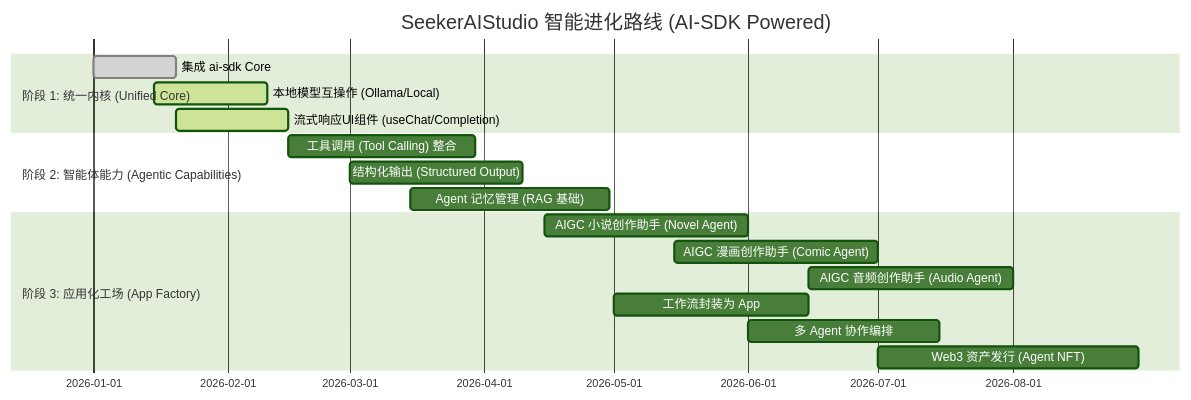
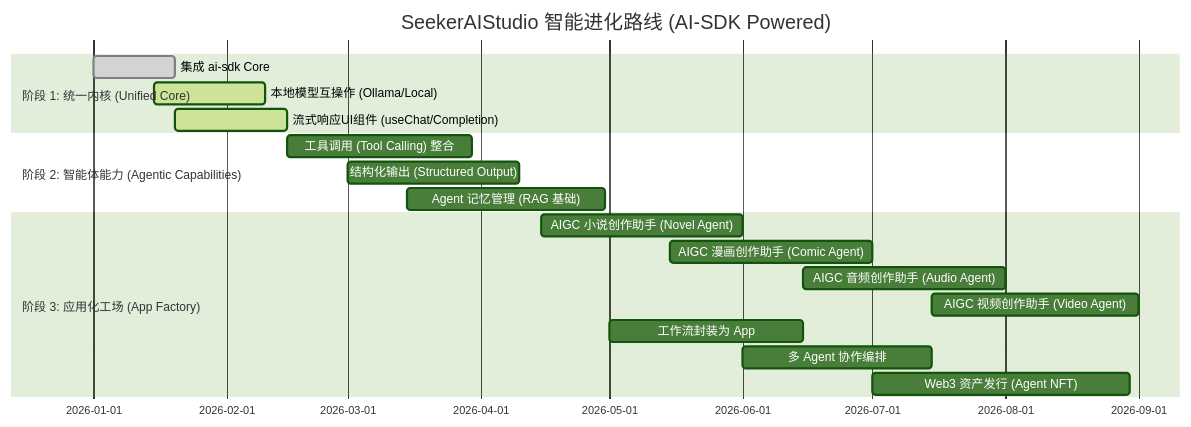
The diagram in docs/roadmap/Roadmap.md (haike0513/SeekerAIStudio), drawn with Mermaid (forest theme) before and after one commit. The commit also changed other lines of this file and 12 other files, not shown here.

````diff
--- a/docs/roadmap/Roadmap.md
+++ b/docs/roadmap/Roadmap.md
@@ -7,23 +7,24 @@
 ```mermaid
 gantt
     title SeekerAIStudio 智能进化路线 (AI-SDK Powered)
     dateFormat  YYYY-MM-DD
     
     section 阶段 1: 统一内核 (Unified Core)
     集成 ai-sdk Core                  :done,   task1, 2026-01-01, 2026-01-20
     本地模型互操作 (Ollama/Local)      :active, task2, 2026-01-15, 2026-02-10
     流式响应UI组件 (useChat/Completion):active, task3, 2026-01-20, 2026-02-15
     
     section 阶段 2: 智能体能力 (Agentic Capabilities)
     工具调用 (Tool Calling) 整合       :        task4, 2026-02-15, 2026-03-30
     结构化输出 (Structured Output)    :        task5, 2026-03-01, 2026-04-10
     Agent 记忆管理 (RAG 基础)         :        task6, 2026-03-15, 2026-04-30
     
     section 阶段 3: 应用化工场 (App Factory)
     AIGC 小说创作助手 (Novel Agent)   :        task_novel, 2026-04-15, 2026-06-01
     AIGC 漫画创作助手 (Comic Agent)   :        task_comic, 2026-05-15, 2026-07-01
     AIGC 音频创作助手 (Audio Agent)   :        task_audio, 2026-06-15, 2026-08-01
+    AIGC 视频创作助手 (Video Agent)   :        task_video, 2026-07-15, 2026-09-01
     工作流封装为 App                  :        task7, 2026-05-01, 2026-06-15
     多 Agent 协作编排                 :        task8, 2026-06-01, 2026-07-15
     Web3 资产发行 (Agent NFT)         :        task9, 2026-07-01, 2026-08-30
 ```
````
